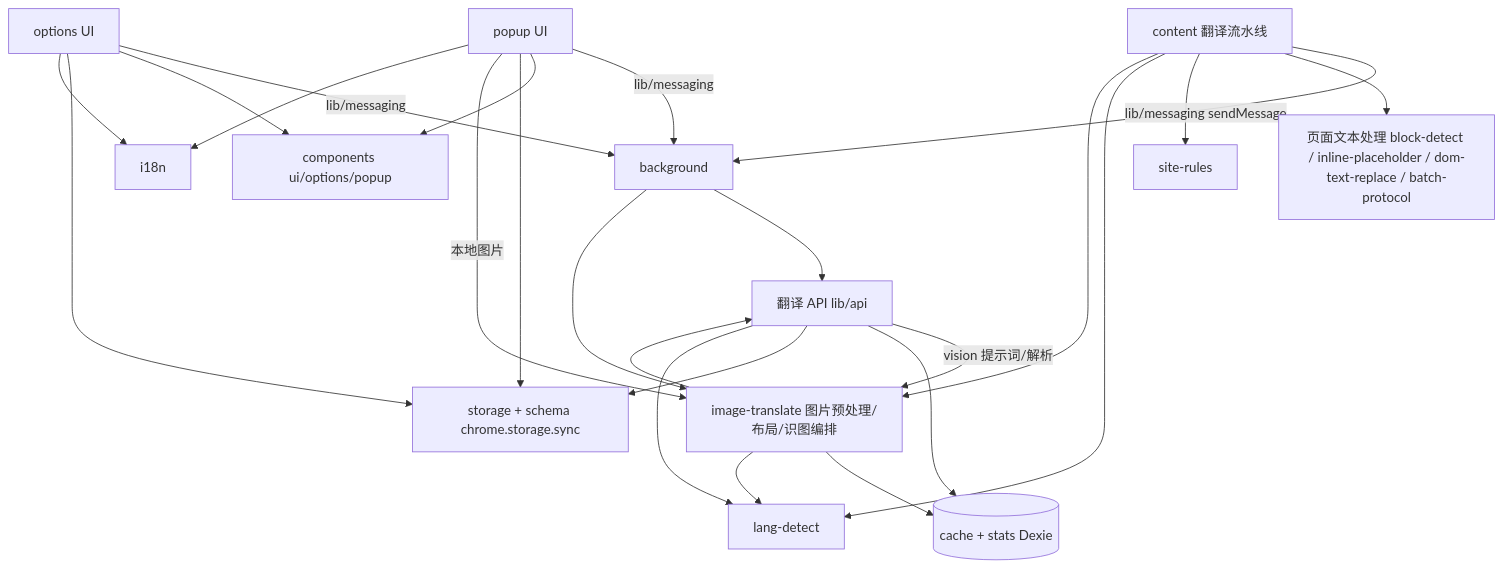
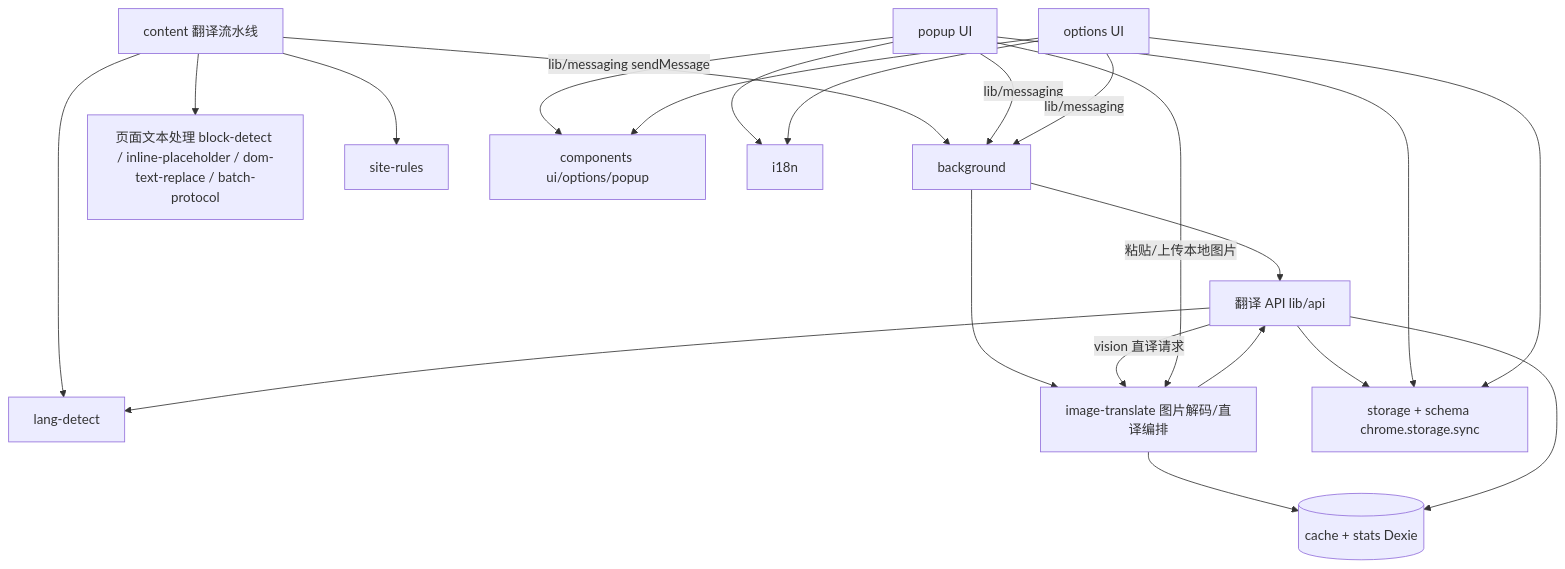
One commit to HodgeWen/translator changed the diagram in .agents/docs/CODE-MAP.md. Above: the diagram before and after it, drawn with Mermaid. The commit also changed other lines of this file and 39 other files, not shown here.

First line of the commit message:
refactor(image-translate)!: 图片翻译统一为弹窗内粘贴/上传

````diff
--- a/.agents/docs/CODE-MAP.md
+++ b/.agents/docs/CODE-MAP.md
@@ -52,26 +52,24 @@
 ```mermaid
 graph TD
     content[content 翻译流水线] -->|lib/messaging sendMessage| background[background]
     popup[popup UI] -->|lib/messaging| background
     options[options UI] -->|lib/messaging| background
     content --> textproc[页面文本处理 block-detect / inline-placeholder / dom-text-replace / batch-protocol]
     content --> siterules[site-rules]
     content --> langdetect[lang-detect]
-    content --> imagetranslate[image-translate 图片预处理/布局/识图编排]
     background --> api[翻译 API lib/api]
-    background --> imagetranslate
-    api -->|vision 提示词/解析| imagetranslate
+    background --> imagetranslate[image-translate 图片解码/直译编排]
+    api -->|vision 直译请求| imagetranslate
     imagetranslate --> api
     imagetranslate --> cache
-    imagetranslate --> langdetect
     popup --> uicomp[components ui/options/popup]
     options --> uicomp
     api --> cache[(cache + stats Dexie)]
     api --> storage[storage + schema chrome.storage.sync]
-    api --> langdetect[lang-detect]
+    api --> langdetect
     popup --> storage
-    popup -->|本地图片| imagetranslate
+    popup -->|粘贴/上传本地图片| imagetranslate
     options --> storage
     popup --> i18n[i18n]
     options --> i18n
 ```
````
